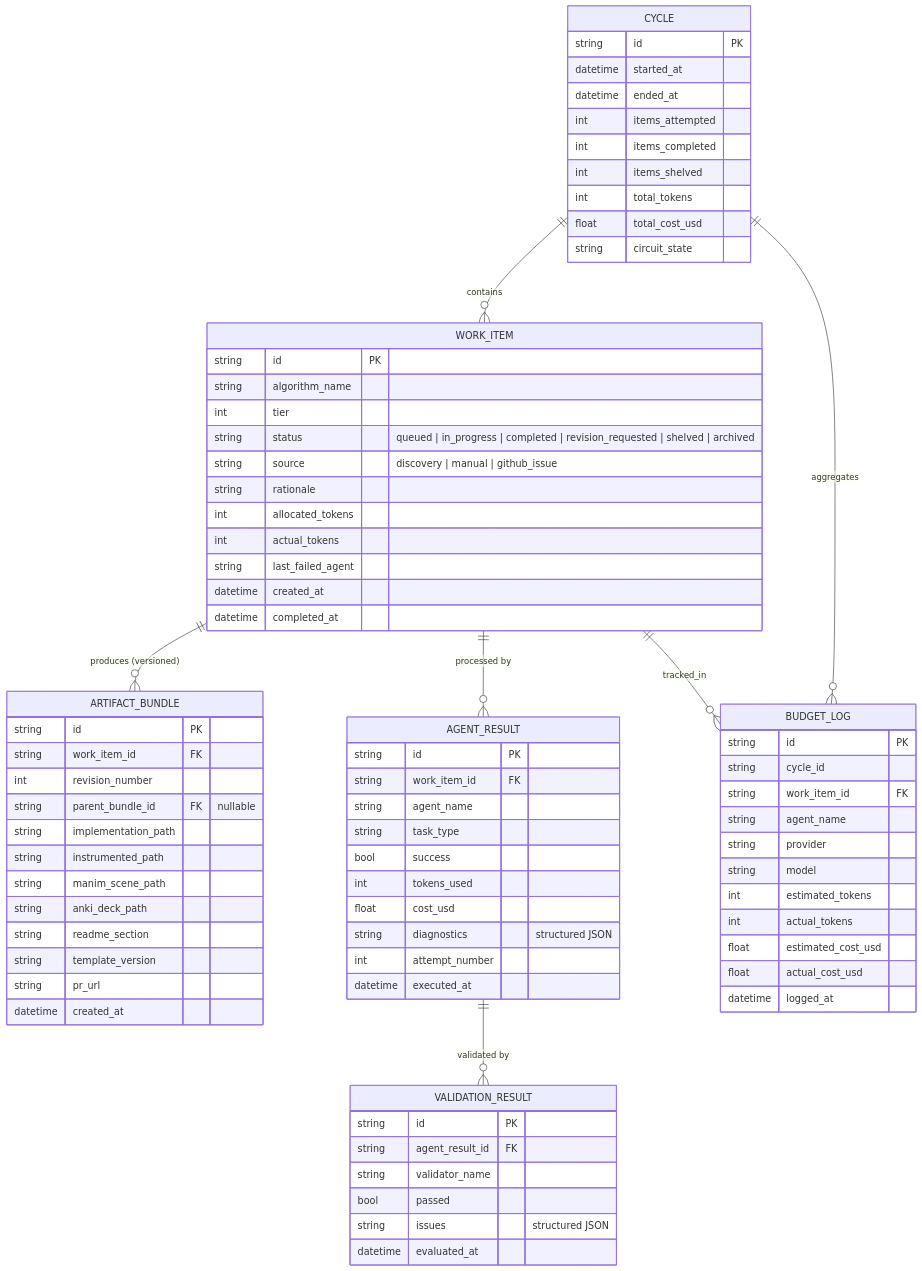
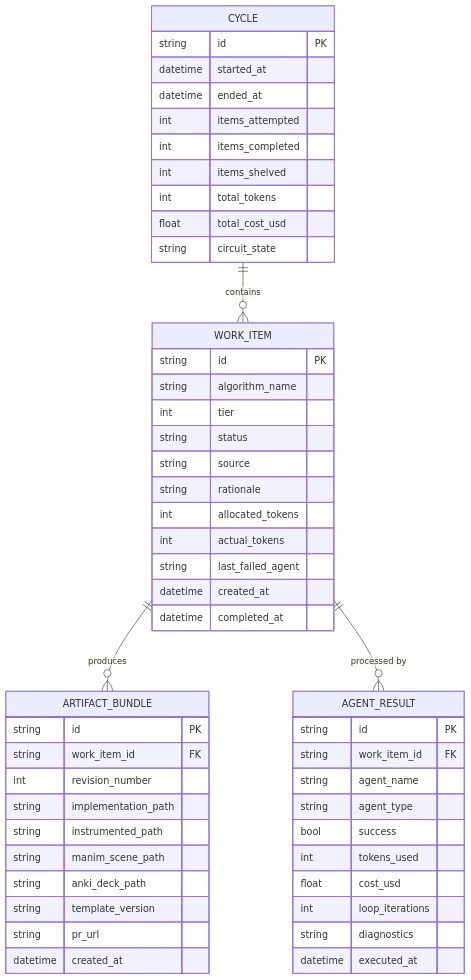
One commit to no-magic-ai/apprentice changed the seventh of 7 diagrams in docs/system-design.md. Above: the diagram before and after it, drawn with Mermaid. The commit also changed other lines of this file, not shown here.

````diff
--- a/docs/system-design.md
+++ b/docs/system-design.md
@@ -615,8 +682,8 @@
         string id PK
         string algorithm_name
         int tier
-        string status "queued | in_progress | completed | revision_requested | shelved | archived"
-        string source "discovery | manual | github_issue"
+        string status
+        string source
         string rationale
         int allocated_tokens
         int actual_tokens
@@ -629,12 +696,10 @@
         string id PK
         string work_item_id FK
         int revision_number
-        string parent_bundle_id FK "nullable"
         string implementation_path
         string instrumented_path
         string manim_scene_path
         string anki_deck_path
-        string readme_section
         string template_version
         string pr_url
         datetime created_at
@@ -644,36 +709,13 @@
         string id PK
         string work_item_id FK
         string agent_name
-        string task_type
+        string agent_type
         bool success
         int tokens_used
         float cost_usd
-        string diagnostics "structured JSON"
-        int attempt_number
+        int loop_iterations
+        string diagnostics
         datetime executed_at
-    }
-
-    VALIDATION_RESULT {
-        string id PK
-        string agent_result_id FK
-        string validator_name
-        bool passed
-        string issues "structured JSON"
-        datetime evaluated_at
-    }
-
-    BUDGET_LOG {
-        string id PK
-        string cycle_id
-        string work_item_id FK
-        string agent_name
-        string provider
-        string model
-        int estimated_tokens
-        int actual_tokens
-        float estimated_cost_usd
-        float actual_cost_usd
-        datetime logged_at
     }
 
     CYCLE {
@@ -688,10 +730,7 @@
         string circuit_state
     }
 
-    WORK_ITEM ||--o{ ARTIFACT_BUNDLE : "produces (versioned)"
+    WORK_ITEM ||--o{ ARTIFACT_BUNDLE : "produces"
     WORK_ITEM ||--o{ AGENT_RESULT : "processed by"
-    AGENT_RESULT ||--o{ VALIDATION_RESULT : "validated by"
-    WORK_ITEM ||--o{ BUDGET_LOG : tracked_in
     CYCLE ||--o{ WORK_ITEM : contains
-    CYCLE ||--o{ BUDGET_LOG : aggregates
 ```
````
